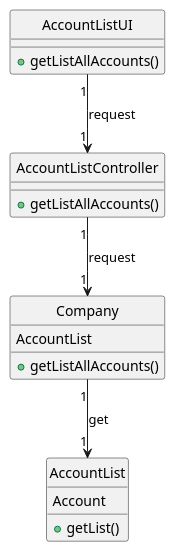
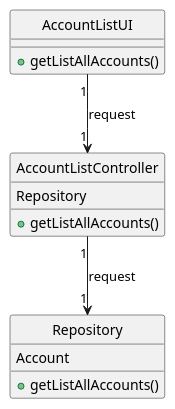
Before and after one commit to Loracline/project_switch_22-23: the diagram in docs/modelling_design/user_stories/us004/US004_Class_Diagram.puml, drawn with PlantUML.

Commit message:
US004: design: refinement Class Diagram

```diff
--- a/docs/modelling_design/user_stories/us004/US004_Class_Diagram.puml
+++ b/docs/modelling_design/user_stories/us004/US004_Class_Diagram.puml
@@ -1,26 +1,21 @@
 @startuml
 
 class "AccountListUI"{
 +getListAllAccounts()
 }
 class "AccountListController" {
-
+Repository
 +getListAllAccounts()
 }
-class "Company"{
-AccountList
+class "Repository"{
+Account
 +getListAllAccounts()
 }
-class AccountList{
-Account
-+getList()
-}
+
 "AccountListUI" "1" --> "1" "AccountListController":request
-"AccountListController" "1" --> "1" "Company":request
-"Company" "1" --> "1" "AccountList":get
+"AccountListController" "1" --> "1" "Repository":request
 hide "AccountListUI" circle
-hide "AccountList" circle
 hide "AccountListController" circle
-hide "Company" circle
+hide "Repository" circle
 
 @enduml
```
